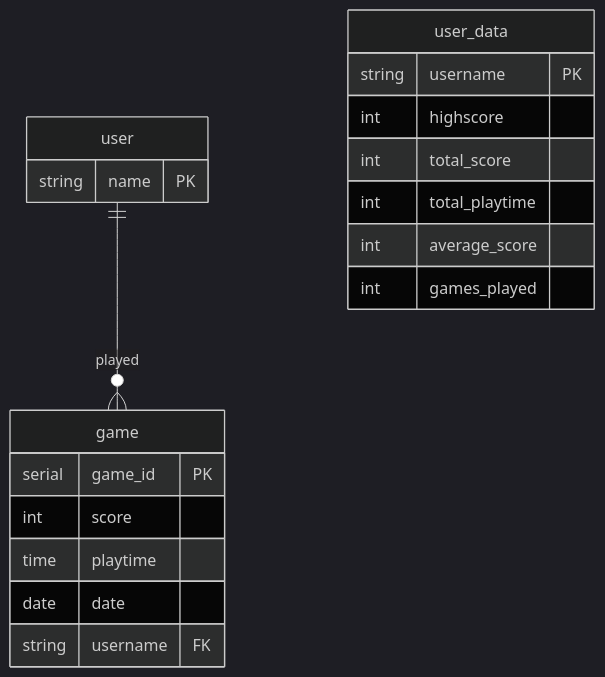
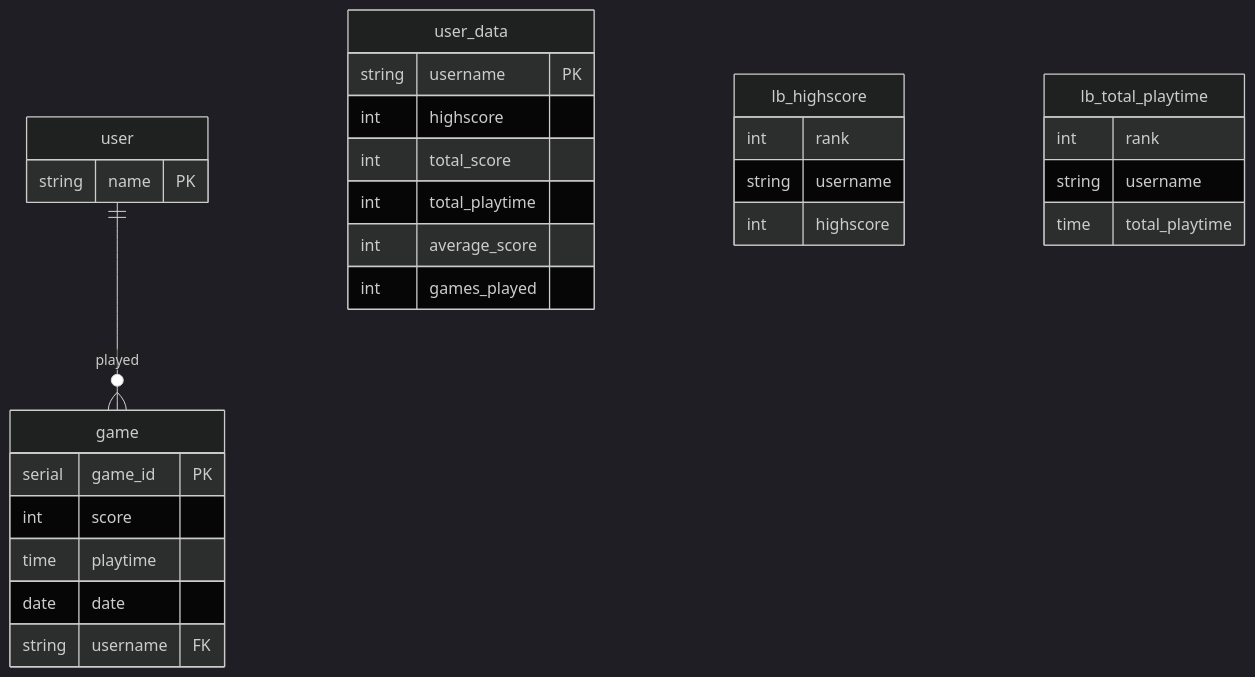
Before and after one commit to s-prechtl/RaspberryRocketeer: the diagram in backend/README.md, drawn with Mermaid (dark theme). The commit also changed other lines of this file and 13 other files, not shown here.

````diff
--- a/backend/README.md
+++ b/backend/README.md
@@ -3,25 +3,37 @@
 ```mermaid
 erDiagram
     user {
         string name PK
     }
 
     game {
         serial game_id PK
         int score
         time playtime
         date date
         string username FK
     }
 
     user ||--O{ game : "played"
 
     user_data {
         string username PK
         int highscore
         int total_score
         int total_playtime
         int average_score
         int games_played
     }
+    
+    lb_highscore {
+        int rank
+        string username
+        int highscore
+    }
+    
+    lb_total_playtime {
+        int rank
+        string username
+        time total_playtime
+    }
 ```
````
